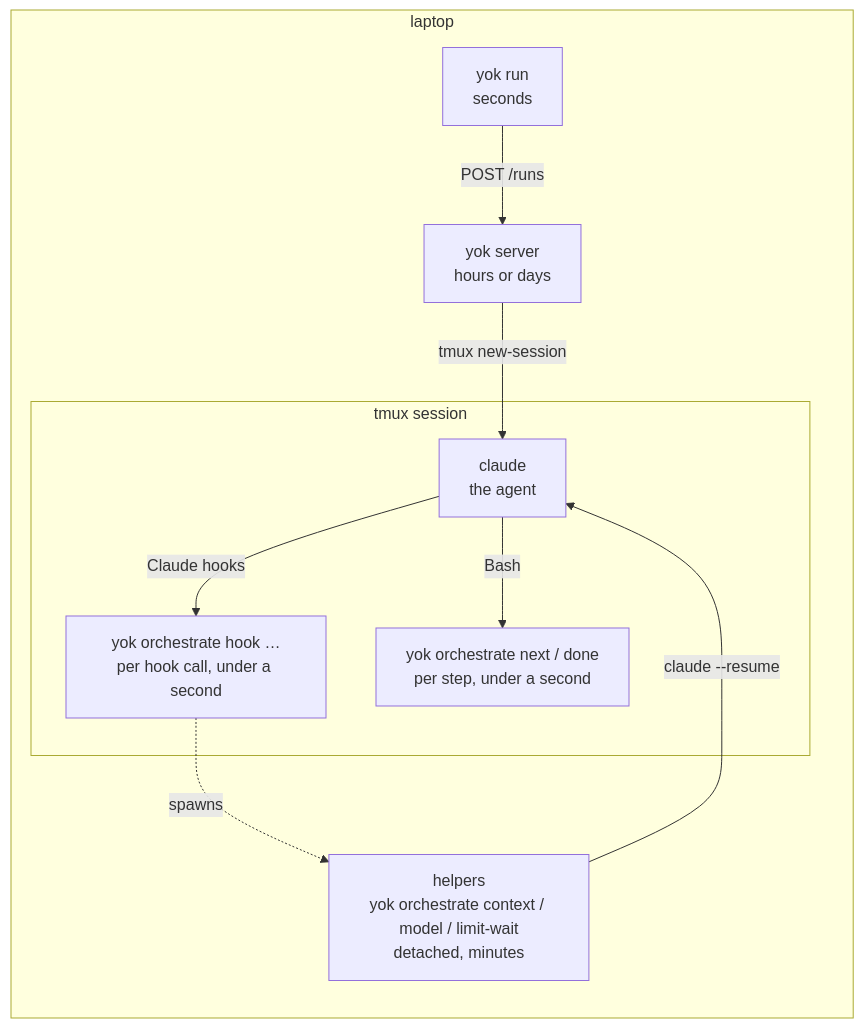
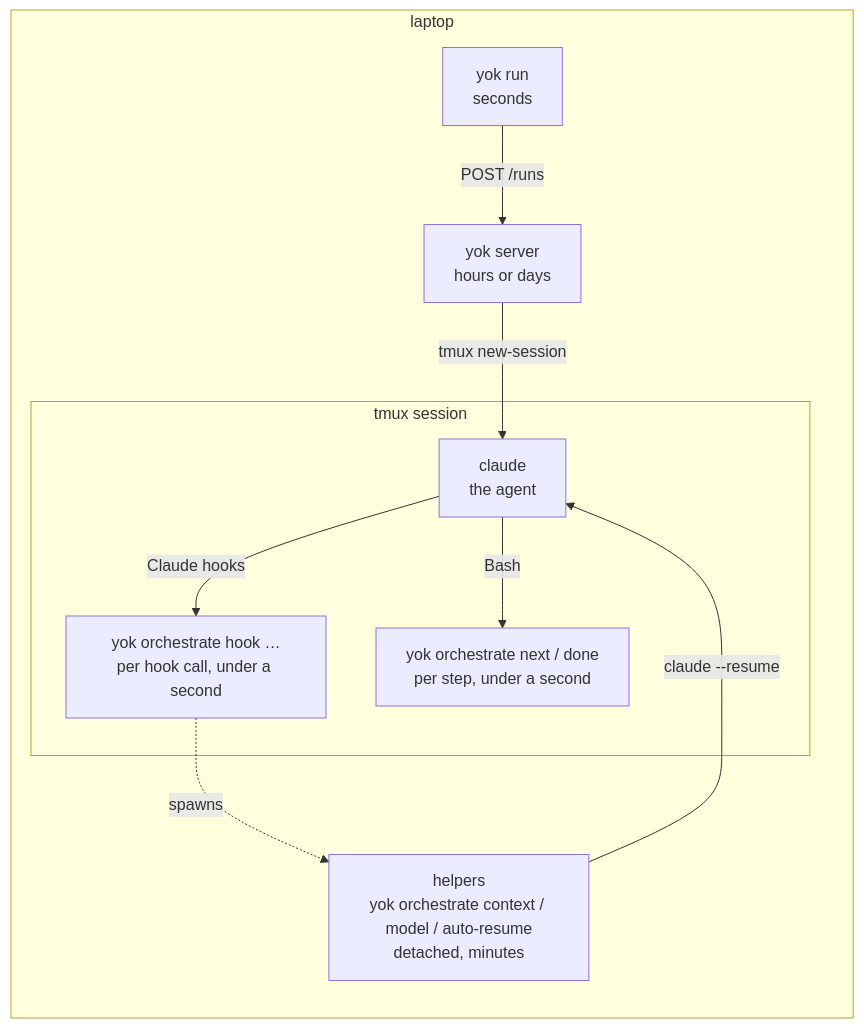
The second of 2 diagrams in docs/guide/04-architecture.md (vertexcover-io/yok), drawn with Mermaid before and after one commit. The commit also changed other lines of this file and 25 other files, not shown here.

````diff
--- a/docs/guide/04-architecture.md
+++ b/docs/guide/04-architecture.md
@@ -87,19 +87,19 @@
 ```mermaid
 flowchart LR
     subgraph laptop
         CLI[yok run<br/>seconds]
         SRV[yok server<br/>hours or days]
         subgraph tmux["tmux session"]
             CC[claude<br/>the agent]
             HK[yok orchestrate hook …<br/>per hook call, under a second]
             OR[yok orchestrate next / done<br/>per step, under a second]
         end
-        HLP[helpers<br/>yok orchestrate context / model / limit-wait<br/>detached, minutes]
+        HLP[helpers<br/>yok orchestrate context / model / auto-resume<br/>detached, minutes]
     end
     CLI -->|POST /runs| SRV
     SRV -->|tmux new-session| CC
     CC -->|Claude hooks| HK
     CC -->|Bash| OR
     HK -.spawns.-> HLP
     HLP -->|claude --resume| CC
 ```
````
